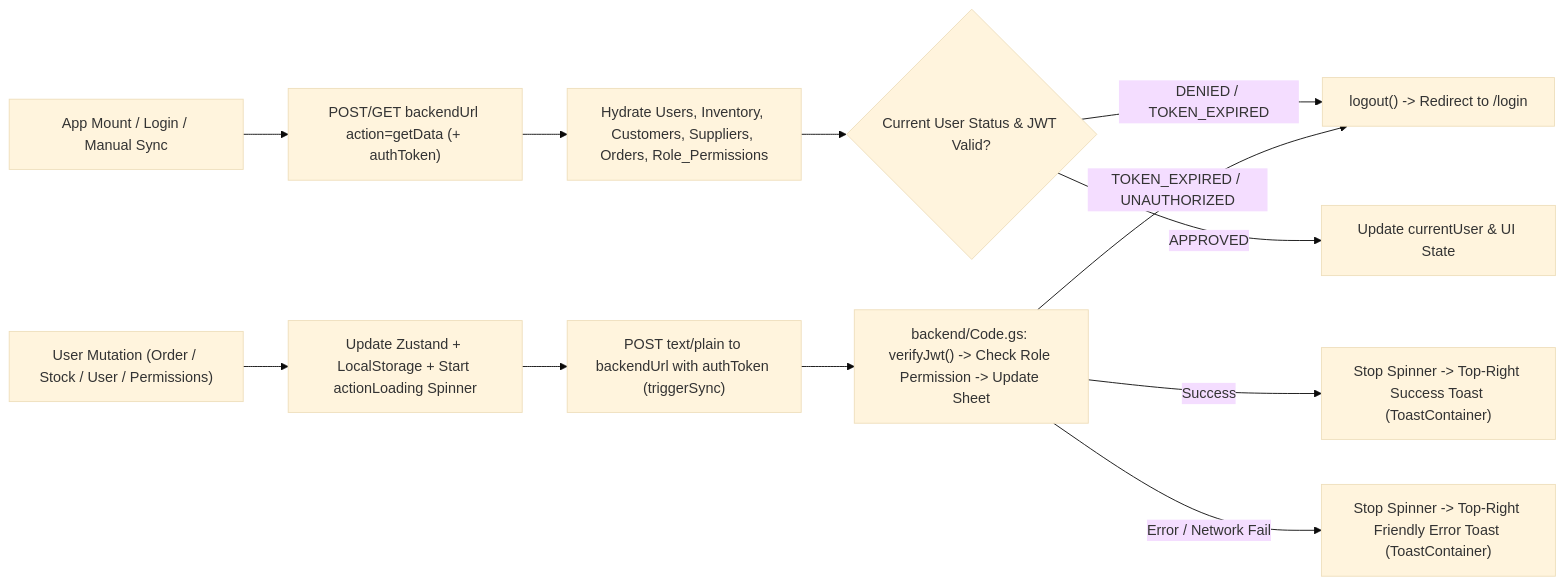
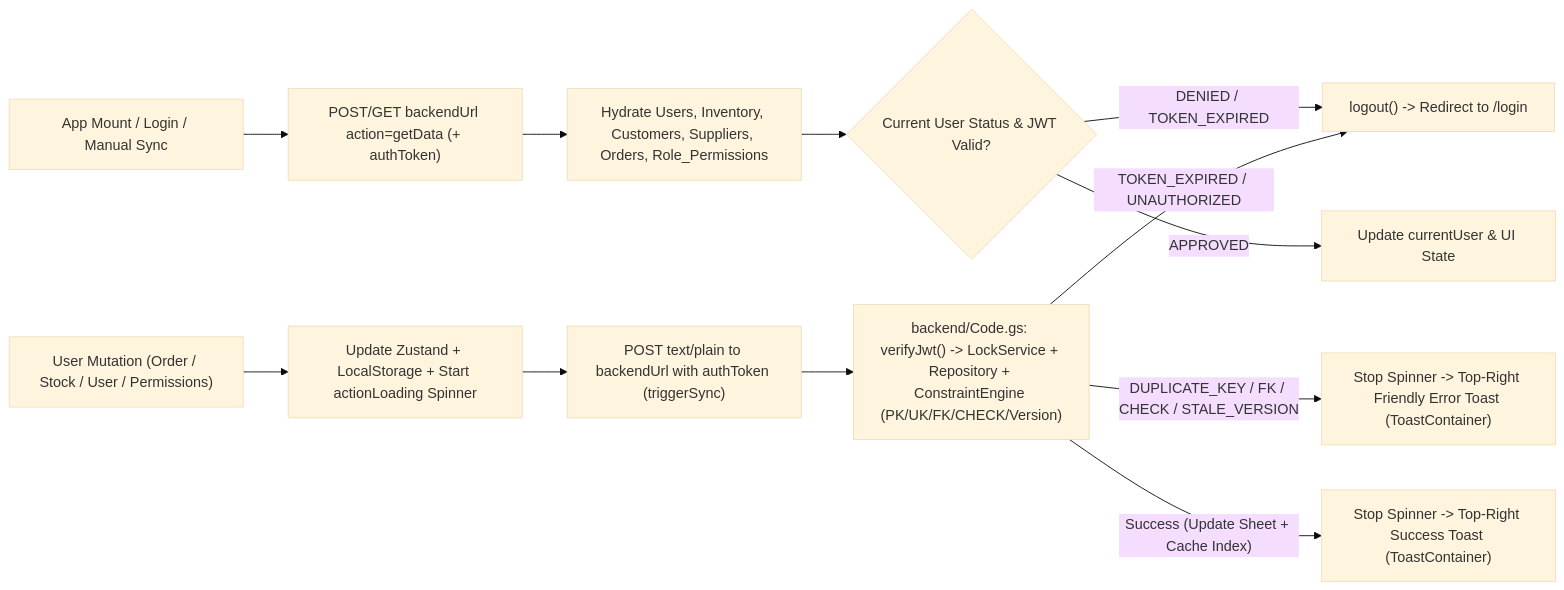
One commit to dev-snehit/katha-app changed the fifth of 5 diagrams in docs/MODULES_AND_FLOWCHARTS.md. Above: the diagram before and after it, drawn with Mermaid (base theme). The commit also changed other lines of this file and 4 other files, not shown here.

Commit message:
refactor(backend): implement DB_SCHEMA, ConstraintEngine, and SheetsRepository

````diff
--- a/docs/MODULES_AND_FLOWCHARTS.md
+++ b/docs/MODULES_AND_FLOWCHARTS.md
@@ -241,14 +246,14 @@
 ```mermaid
 flowchart LR
     AppMount["App Mount / Login / Manual Sync"] --> GetData["POST/GET backendUrl action=getData (+ authToken)"]
     GetData --> Hydrate["Hydrate Users, Inventory, Customers, Suppliers, Orders, Role_Permissions"]
     Hydrate --> ActiveCheck{"Current User Status & JWT Valid?"}
     ActiveCheck -- "DENIED / TOKEN_EXPIRED" --> ForceLogout["logout() -> Redirect to /login"]
     ActiveCheck -- APPROVED --> UpdateSession["Update currentUser & UI State"]
     Mutation["User Mutation (Order / Stock / User / Permissions)"] --> LocalUpdate["Update Zustand + LocalStorage + Start actionLoading Spinner"]
     LocalUpdate --> Push["POST text/plain to backendUrl with authToken (triggerSync)"]
-    Push --> CodeGS["backend/Code.gs: verifyJwt() -> Check Role Permission -> Update Sheet"]
+    Push --> CodeGS["backend/Code.gs: verifyJwt() -> LockService + Repository + ConstraintEngine (PK/UK/FK/CHECK/Version)"]
     CodeGS -- "TOKEN_EXPIRED / UNAUTHORIZED" --> ForceLogout
-    CodeGS -- "Success" --> ToastOK["Stop Spinner -> Top-Right Success Toast (ToastContainer)"]
-    CodeGS -- "Error / Network Fail" --> ToastErr["Stop Spinner -> Top-Right Friendly Error Toast (ToastContainer)"]
+    CodeGS -- "DUPLICATE_KEY / FK / CHECK / STALE_VERSION" --> ToastErr["Stop Spinner -> Top-Right Friendly Error Toast (ToastContainer)"]
+    CodeGS -- "Success (Update Sheet + Cache Index)" --> ToastOK["Stop Spinner -> Top-Right Success Toast (ToastContainer)"]
 ```
````
